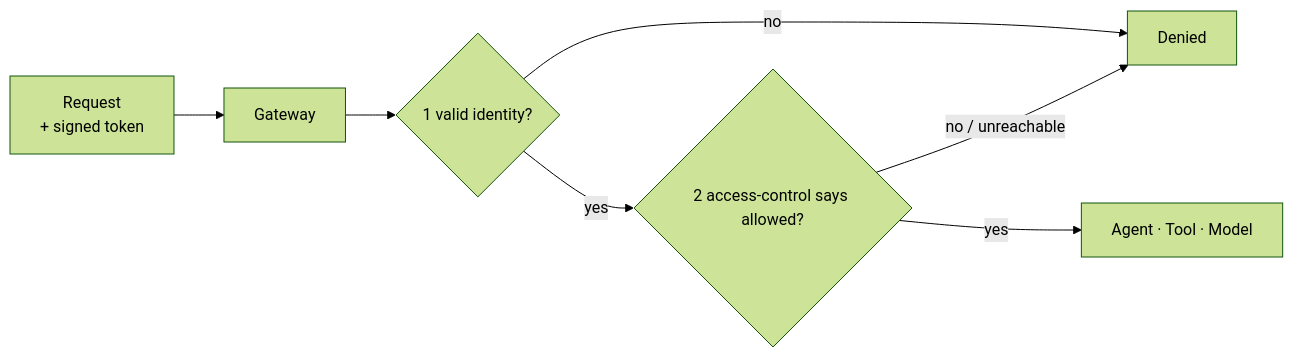
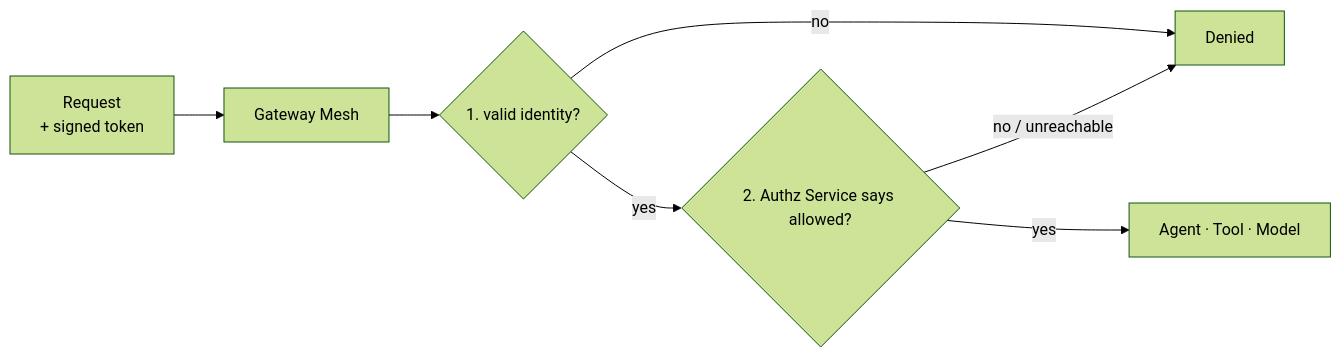
The fourth of 13 diagrams in docs/examples/authorization-draft.md (axsaucedo/kaos), drawn with Mermaid (forest theme) before and after one commit. The commit also changed other lines of this file, not shown here.

Commit message:
docs: restructure authorization guide (control-plane diagrams, folded example, Part 5 reframe, naming)

````diff
--- a/docs/examples/authorization-draft.md
+++ b/docs/examples/authorization-draft.md
@@ -75,9 +247,9 @@
 ```mermaid
 flowchart LR
-  REQ["Request<br/>+ signed token"] --> GW["Gateway"]
-  GW --> C1{"1 valid identity?"}
-  C1 -- "no" --> DENY["Denied"]
-  C1 -- "yes" --> C2{"2 access-control says allowed?"}
-  C2 -- "no / unreachable" --> DENY
-  C2 -- "yes" --> DEST["Agent · Tool · Model"]
+  REQ["Request<br/>+ signed token"] --> GW["Gateway Mesh"]
+  GW --> C1{"1. valid identity?"}
+  C1 -->|"no"| DENY["Denied"]
+  C1 -->|"yes"| C2{"2. Authz Service says allowed?"}
+  C2 -->|"no / unreachable"| DENY
+  C2 -->|"yes"| DEST["Agent · Tool · Model"]
 ```
````
